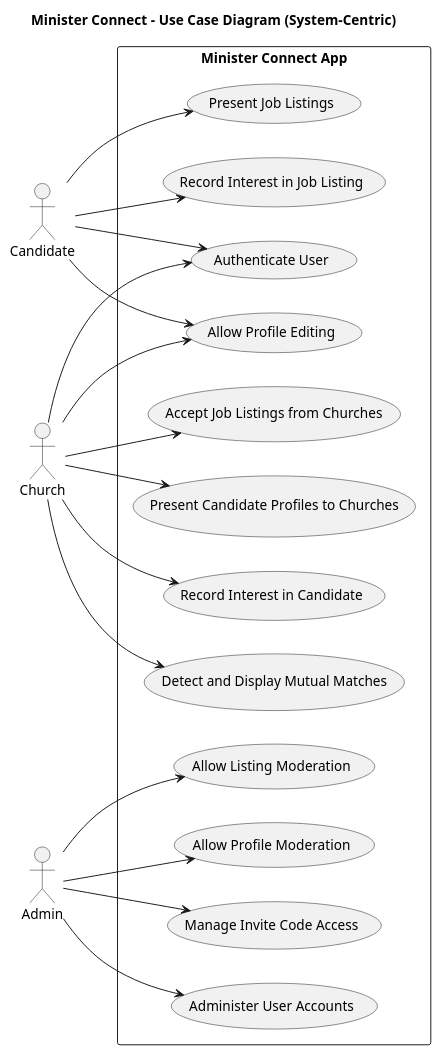
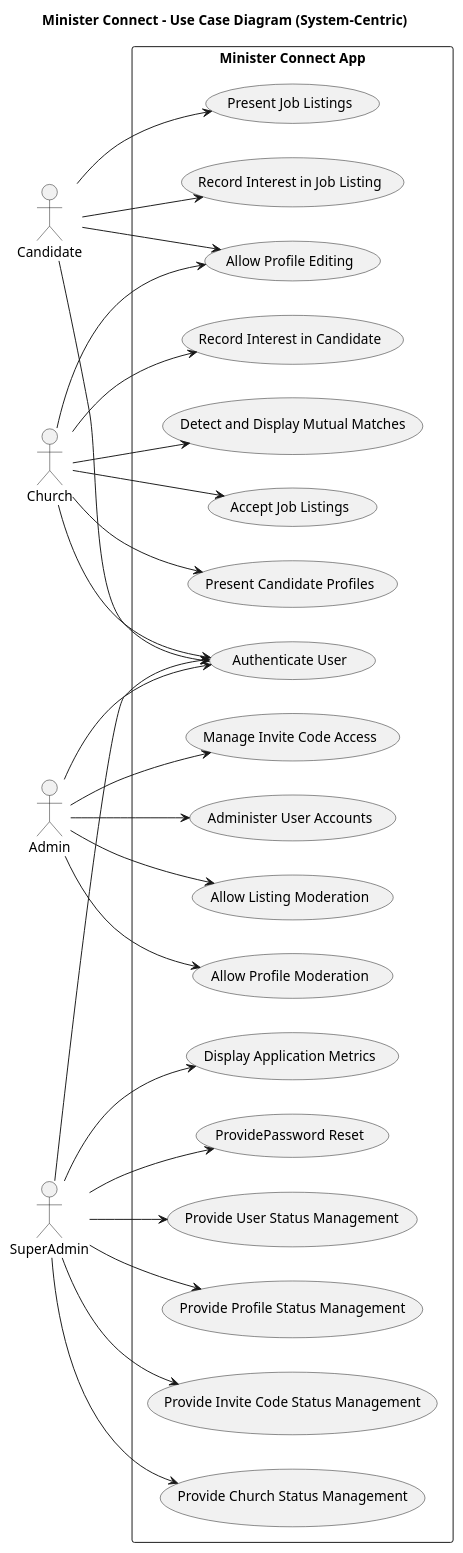
Before and after one commit to ginabethrussell/ministerconnect: the diagram in docs/use-case-diagram.puml, drawn with PlantUML. The commit also changed 44 other files, not shown here.

Commit message:
updates to screenshots, diagrams, and readme

```diff
--- a/docs/use-case-diagram.puml
+++ b/docs/use-case-diagram.puml
@@ -1,46 +1,62 @@
-@startuml
+@startuml MinisterConnectUseCaseDiagram
+
 title Minister Connect - Use Case Diagram (System-Centric)
 left to right direction
 
 actor Candidate
 actor Church
 actor Admin
+actor SuperAdmin
 
 rectangle "Minister Connect App" {
 
   (Authenticate User)
+
   (Allow Profile Editing)
-  
   (Present Job Listings)
   (Record Interest in Job Listing)
   
-  (Accept Job Listings from Churches)
-  (Present Candidate Profiles to Churches)
+  (Accept Job Listings)
+  (Present Candidate Profiles)
   (Record Interest in Candidate)
-  
   (Detect and Display Mutual Matches)
-  
+
   (Allow Listing Moderation)
   (Allow Profile Moderation)
   (Manage Invite Code Access)
   (Administer User Accounts)
+
+  (Display Application Metrics)
+  (ProvidePassword Reset)
+  (Provide User Status Management)
+  (Provide Profile Status Management)
+  (Provide Invite Code Status Management)
+  (Provide Church Status Management)
 }
 
 Candidate --> (Authenticate User)
 Candidate --> (Allow Profile Editing)
 Candidate --> (Present Job Listings)
 Candidate --> (Record Interest in Job Listing)
 
 Church --> (Authenticate User)
 Church --> (Allow Profile Editing)
-Church --> (Accept Job Listings from Churches)
-Church --> (Present Candidate Profiles to Churches)
+Church --> (Accept Job Listings)
+Church --> (Present Candidate Profiles)
 Church --> (Record Interest in Candidate)
 Church --> (Detect and Display Mutual Matches)
 
+Admin --> (Authenticate User)
 Admin --> (Allow Listing Moderation)
 Admin --> (Allow Profile Moderation)
 Admin --> (Manage Invite Code Access)
 Admin --> (Administer User Accounts)
 
+SuperAdmin --> (Authenticate User)
+SuperAdmin --> (Display Application Metrics)
+SuperAdmin --> (ProvidePassword Reset)
+SuperAdmin --> (Provide User Status Management)
+SuperAdmin --> (Provide Profile Status Management)
+SuperAdmin --> (Provide Invite Code Status Management)
+SuperAdmin --> (Provide Church Status Management)
 @enduml
```
